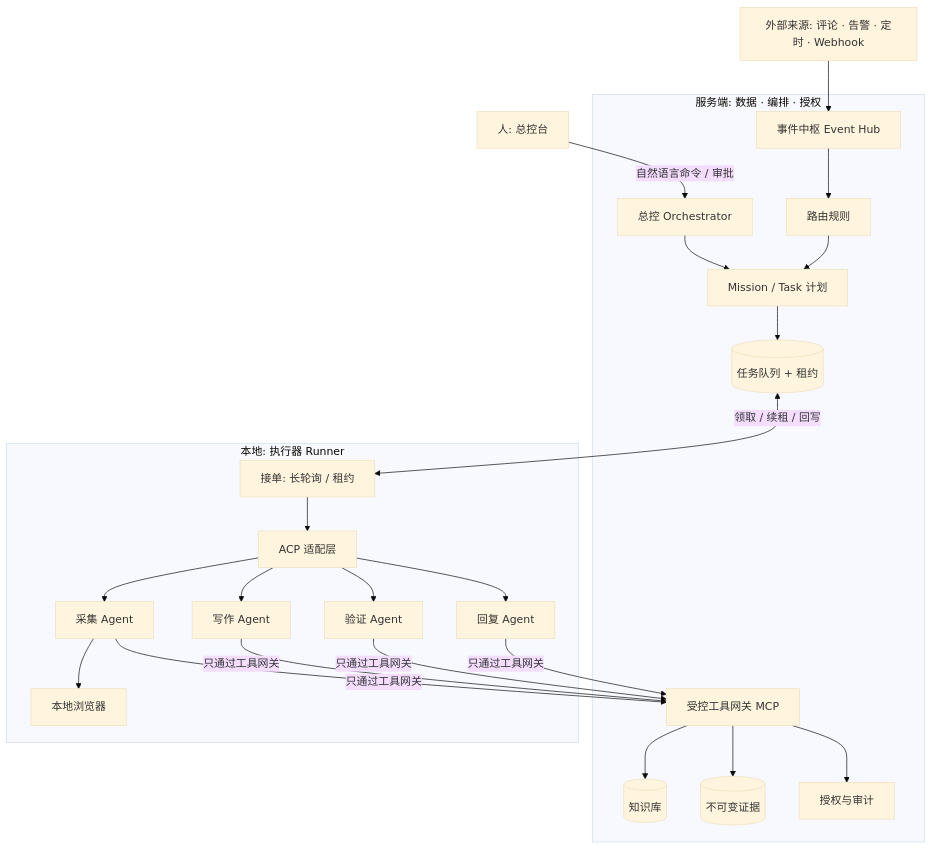
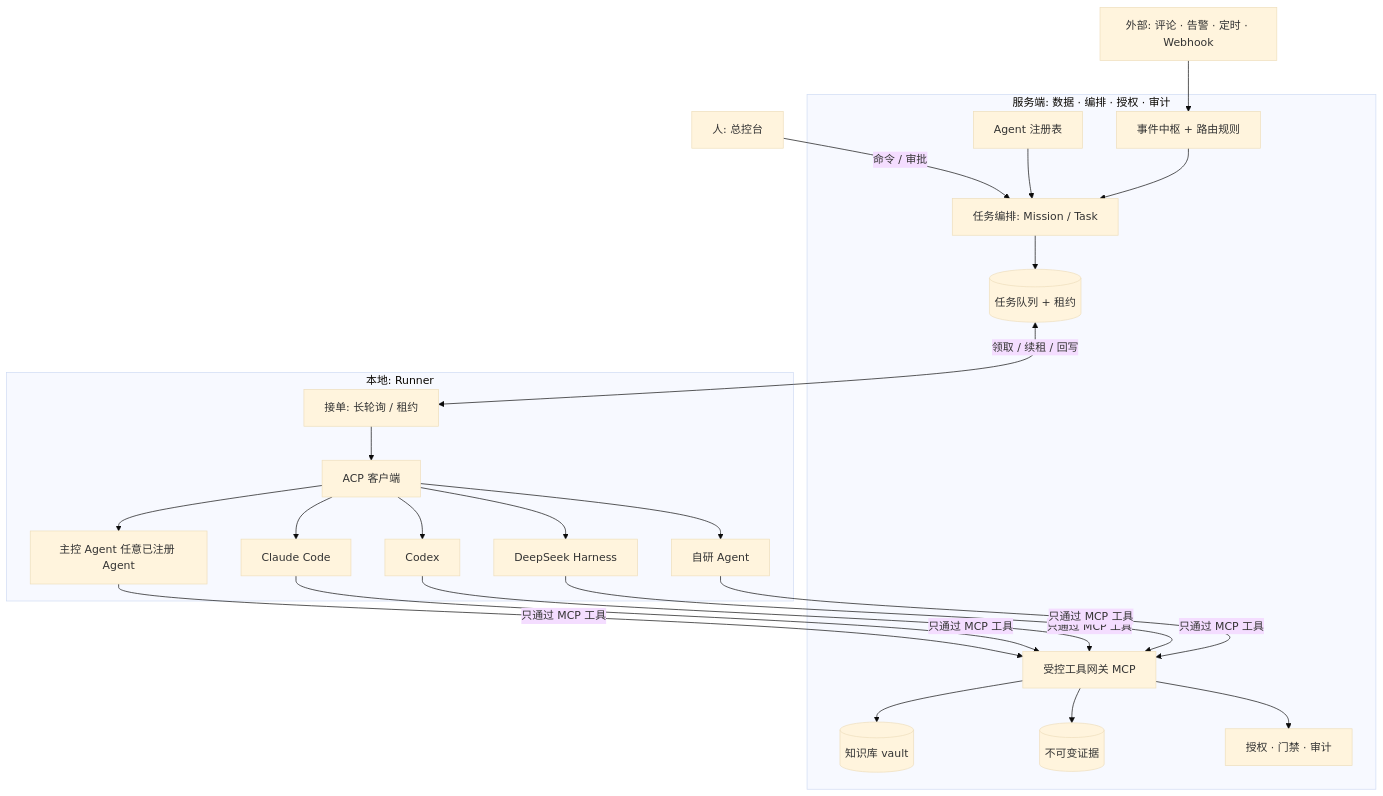
The first of 2 diagrams in docs/multi-agent-platform-design.md (honestTai/geo-console), drawn with Mermaid (base theme) before and after one commit. The commit also changed other lines of this file, not shown here.

Commit message:
docs: revise multi-agent design for agent-agnostic ACP and vault knowledge base

````diff
--- a/docs/multi-agent-platform-design.md
+++ b/docs/multi-agent-platform-design.md
@@ -64,32 +72,30 @@
 ```mermaid
 flowchart TB
-  H[人: 总控台] -->|自然语言命令 / 审批| C
+  H[人: 总控台] -->|命令 / 审批| ORCH
 
-  subgraph SERVER[服务端: 数据 · 编排 · 授权]
-    C[总控 Orchestrator] --> M[Mission / Task 计划]
-    E[事件中枢 Event Hub] --> R[路由规则]
-    R --> M
-    M --> Q[(任务队列 + 租约)]
-    K[(知识库)]
+  subgraph SERVER[服务端: 数据 · 编排 · 授权 · 审计]
+    REG[Agent 注册表] --> ORCH[任务编排: Mission / Task]
+    EVH[事件中枢 + 路由规则] --> ORCH
+    ORCH --> Q[(任务队列 + 租约)]
+    GW[受控工具网关 MCP]
+    KB[(知识库 vault)]
     EV[(不可变证据)]
-    AU[授权与审计]
-    GW[受控工具网关 MCP]
+    AU[授权 · 门禁 · 审计]
   end
 
-  subgraph LOCAL[本地: 执行器 Runner]
-    P[接单: 长轮询 / 租约] --> A1[ACP 适配层]
-    A1 --> G1[采集 Agent]
-    A1 --> G2[写作 Agent]
-    A1 --> G3[验证 Agent]
-    A1 --> G4[回复 Agent]
-    G1 --> B[本地浏览器]
+  subgraph LOCAL[本地: Runner]
+    PULL[接单: 长轮询 / 租约] --> ACP[ACP 客户端]
+    ACP --> M[主控 Agent 任意已注册 Agent]
+    ACP --> A1[Claude Code]
+    ACP --> A2[Codex]
+    ACP --> A3[DeepSeek Harness]
+    ACP --> A4[自研 Agent]
   end
 
-  Q <-->|领取 / 续租 / 回写| P
-  G1 & G2 & G3 & G4 -->|只通过工具网关| GW
-  GW --> K
+  Q <-->|领取 / 续租 / 回写| PULL
+  M & A1 & A2 & A3 & A4 -->|只通过 MCP 工具| GW
+  GW --> KB
   GW --> EV
   GW --> AU
-
-  X[外部来源: 评论 · 告警 · 定时 · Webhook] --> E
+  X[外部: 评论 · 告警 · 定时 · Webhook] --> EVH
 ```
````
